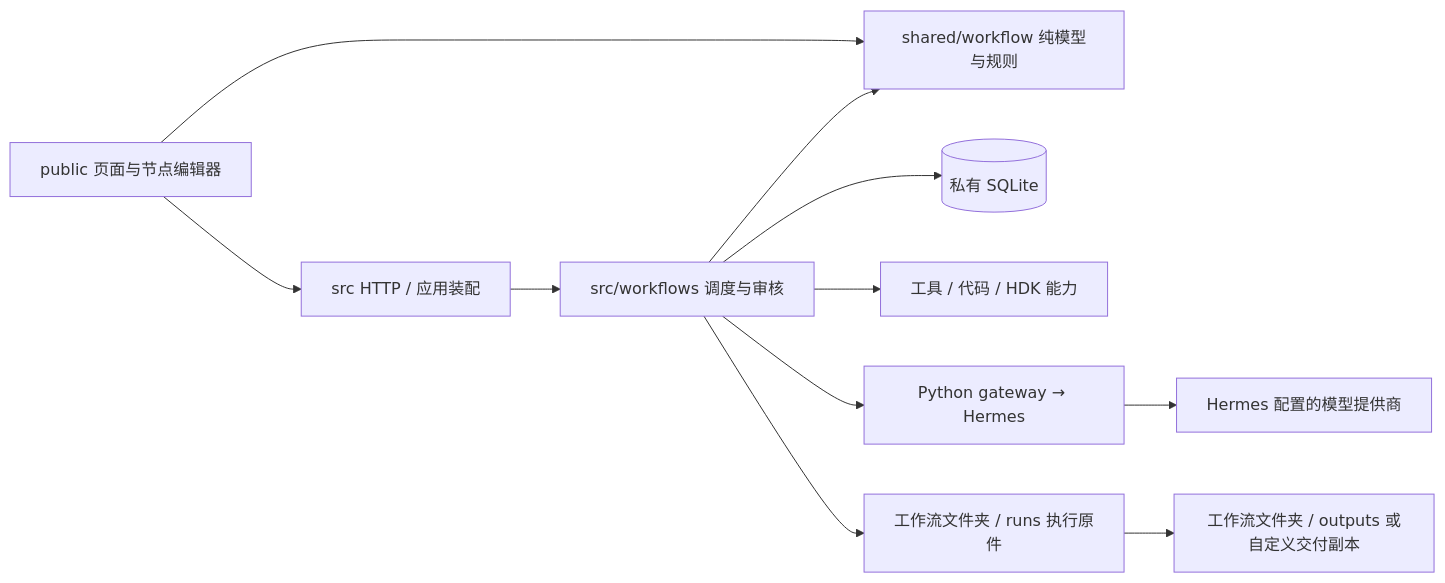
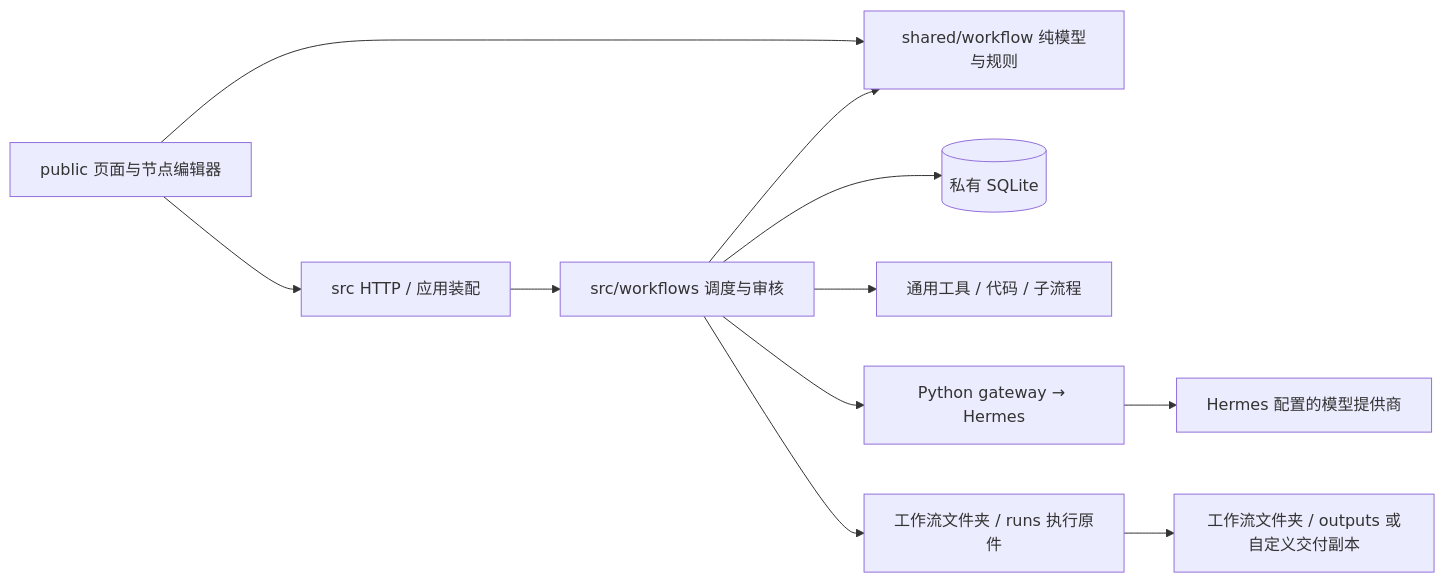
Before and after one commit to geekheart/NodeOrchard: the diagram in workbench/docs/architecture.md, drawn with Mermaid. The commit also changed other lines of this file and 209 other files, not shown here.

````diff
--- a/workbench/docs/architecture.md
+++ b/workbench/docs/architecture.md
@@ -15,13 +15,13 @@
 ```mermaid
 flowchart LR
   UI["public 页面与节点编辑器"] --> APP["src HTTP / 应用装配"]
   UI --> DOMAIN["shared/workflow 纯模型与规则"]
   APP --> ENGINE["src/workflows 调度与审核"]
   ENGINE --> DOMAIN
   ENGINE --> DB[("私有 SQLite")]
-  ENGINE --> TOOLS["工具 / 代码 / HDK 能力"]
+  ENGINE --> TOOLS["通用工具 / 代码 / 子流程"]
   ENGINE --> HERMES["Python gateway → Hermes"]
   HERMES --> MODEL["Hermes 配置的模型提供商"]
   ENGINE --> ORIGINALS["工作流文件夹 / runs 执行原件"]
   ORIGINALS --> DELIVERY["工作流文件夹 / outputs 或自定义交付副本"]
 ```
````
